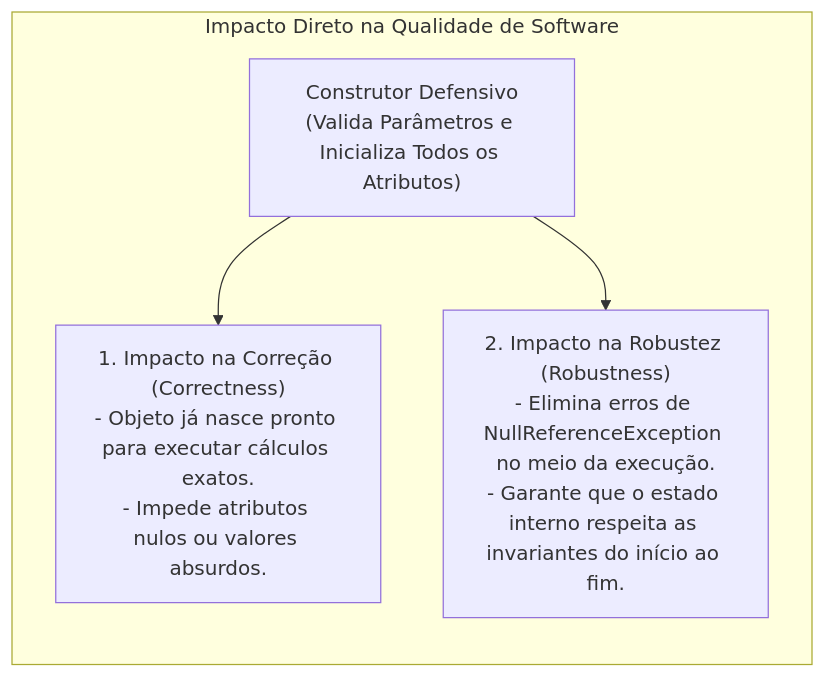
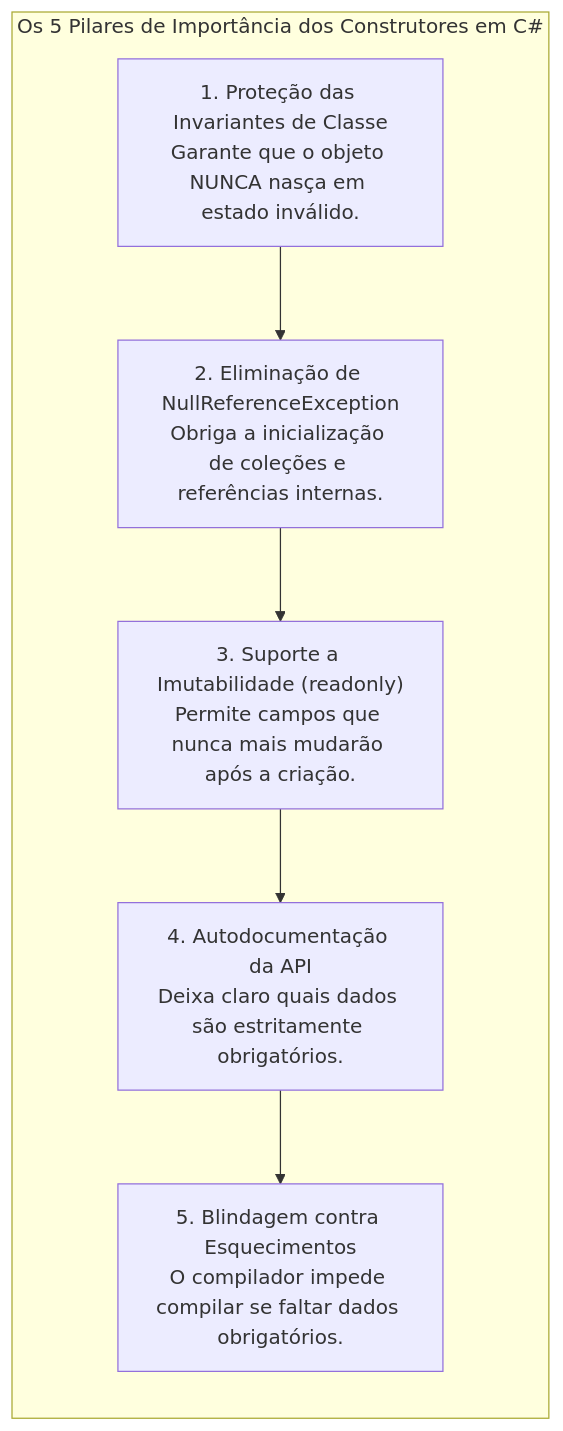
The seventh of 7 diagrams in 01. Programacao Modular/08. Construtores (inicialização, sobrecarga e garantia de invariantes).md (leorruas/puc), drawn with Mermaid before and after one commit. The commit also changed other lines of this file, not shown here.

Commit message:
docs(pm): detalha os 5 motivos fundamentais de por que criar construtores em C# (invariantes, null safety, readonly, autodocumentacao e blindagem do compilador)

````diff
--- a/01. Programacao Modular/08. Construtores (inicialização, sobrecarga e garantia de invariantes).md
+++ b/01. Programacao Modular/08. Construtores (inicialização, sobrecarga e garantia de invariantes).md
@@ -405,13 +407,16 @@
 ```mermaid
 flowchart TD
-    subgraph Impacto ["Impacto Direto na Qualidade de Software"]
+    subgraph Importancia ["Os 5 Pilares de Importância dos Construtores em C#"]
         direction TB
-        Const["Construtor Defensivo<br>(Valida Parâmetros e Inicializa Todos os Atributos)"]
-        
-        Corr["1. Impacto na Correção (Correctness)<br>- Objeto já nasce pronto para executar cálculos exatos.<br>- Impede atributos nulos ou valores absurdos."]
-        Rob["2. Impacto na Robustez (Robustness)<br>- Elimina erros de NullReferenceException no meio da execução.<br>- Garante que o estado interno respeita as invariantes do início ao fim."]
+        P1["1. Proteção das Invariantes de Classe<br>Garante que o objeto NUNCA nasça em estado inválido."]
+        P2["2. Eliminação de NullReferenceException<br>Obriga a inicialização de coleções e referências internas."]
+        P3["3. Suporte a Imutabilidade (readonly)<br>Permite campos que nunca mais mudarão após a criação."]
+        P4["4. Autodocumentação da API<br>Deixa claro quais dados são estritamente obrigatórios."]
+        P5["5. Blindagem contra Esquecimentos<br>O compilador impede compilar se faltar dados obrigatórios."]
 
-        Const --> Corr
-        Const --> Rob
+        P1 --> P2
+        P2 --> P3
+        P3 --> P4
+        P4 --> P5
     end
 ```
````
